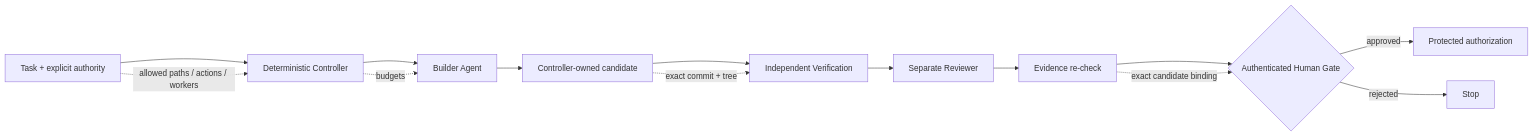
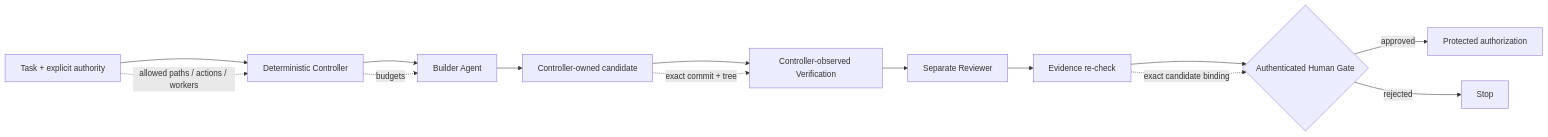
One commit to steerion-labs/bounded-agent-runtime changed the diagram in README.md. Above: the diagram before and after it, drawn with Mermaid. The commit also changed other lines of this file, not shown here.

````diff
--- a/README.md
+++ b/README.md
@@ -63,17 +63,17 @@
 ```mermaid
 flowchart LR
     T[Task + explicit authority] --> C[Deterministic Controller]
     C --> B[Builder Agent]
     B --> G[Controller-owned candidate]
-    G --> V[Independent Verification]
+    G --> V[Controller-observed Verification]
     V --> R[Separate Reviewer]
     R --> E[Evidence re-check]
     E --> H{Authenticated Human Gate}
     H -->|approved| A[Protected authorization]
     H -->|rejected| X[Stop]
 
     T -. allowed paths / actions / workers .-> C
     C -. budgets .-> B
     G -. exact commit + tree .-> V
     E -. exact candidate binding .-> H
 ```
````
